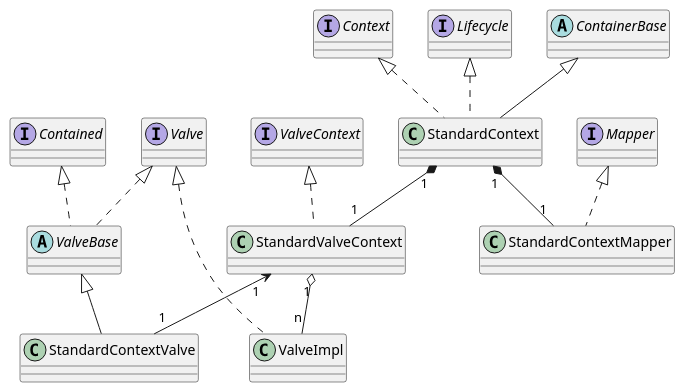
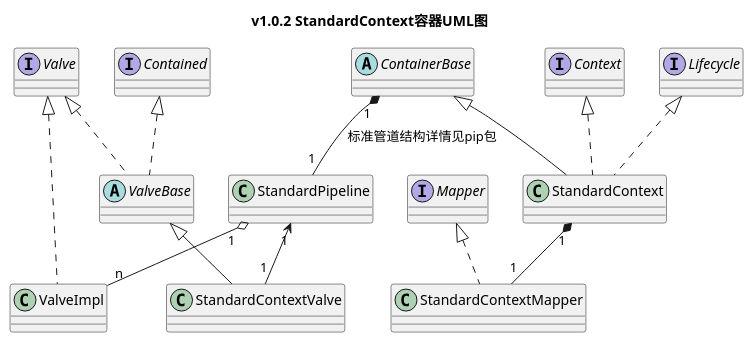
One commit to Executioner2/http-server changed the diagram in uml/v1.0.2/context.puml. Above: the diagram before and after it, drawn with PlantUML. The commit also changed 3 other files, not shown here.

```diff
--- a/uml/v1.0.2/context.puml
+++ b/uml/v1.0.2/context.puml
@@ -1,37 +1,34 @@
 @startuml
+title v1.0.2 StandardContext容器UML图
 
 interface Valve
 interface Contained
 interface Context
 interface Lifecycle
 interface Mapper
-interface ValveContext
 abstract class ContainerBase
 abstract class ValveBase
+class StandardPipeline
 class StandardContextValve
 class StandardContext
 class StandardContextMapper
-class StandardValveContext
 class ValveImpl
 
 ContainerBase <|-- StandardContext
+ContainerBase "1" *-- "1" StandardPipeline : 标准管道结构详情见pip包
 Lifecycle <|.. StandardContext
 Context <|.. StandardContext
-
-StandardContext "1" *-- "1" StandardValveContext
-
-ValveContext <|.. StandardValveContext
 
 Valve <|.. ValveImpl
 
 Valve <|.. ValveBase
 Contained <|.. ValveBase
 
 ValveBase <|-- StandardContextValve
 
-StandardValveContext "1" o-- "n" ValveImpl
-StandardValveContext "1" <-- "1" StandardContextValve
+StandardPipeline "1" o-- "n" ValveImpl
+StandardPipeline "1" <-- "1" StandardContextValve
 Mapper <|.. StandardContextMapper
 StandardContext "1" *-- "1" StandardContextMapper
 
 @enduml
```
